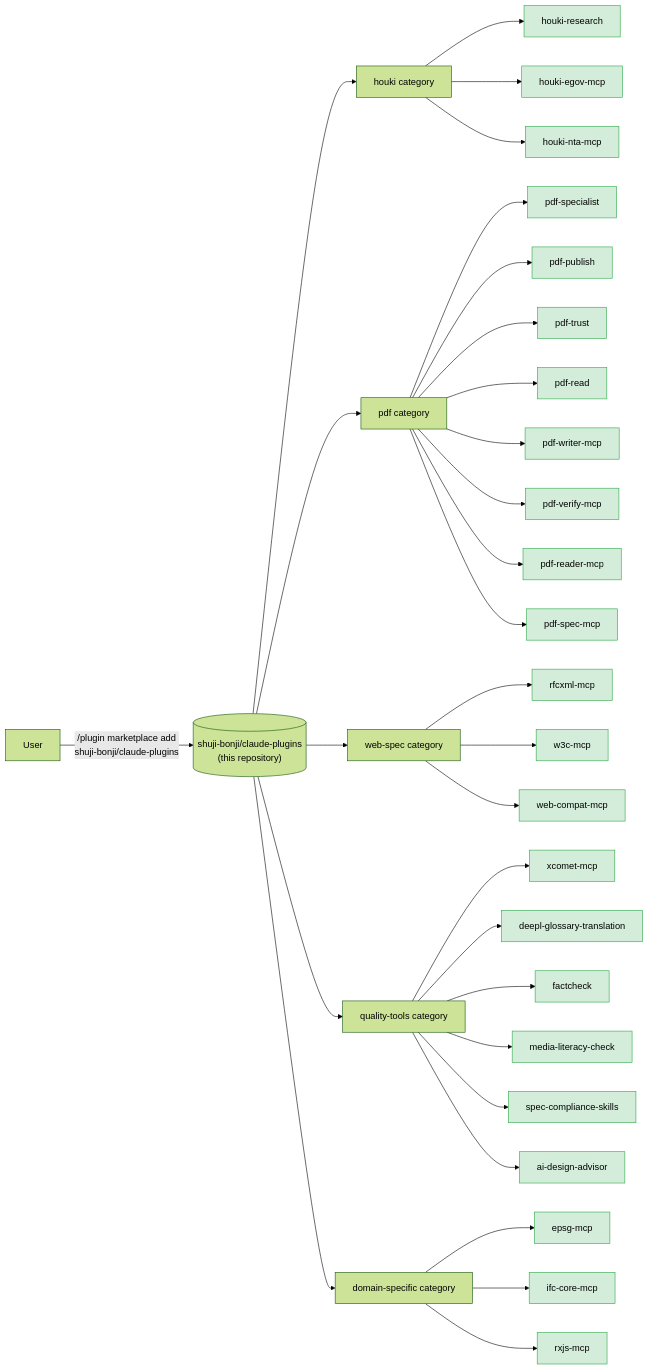
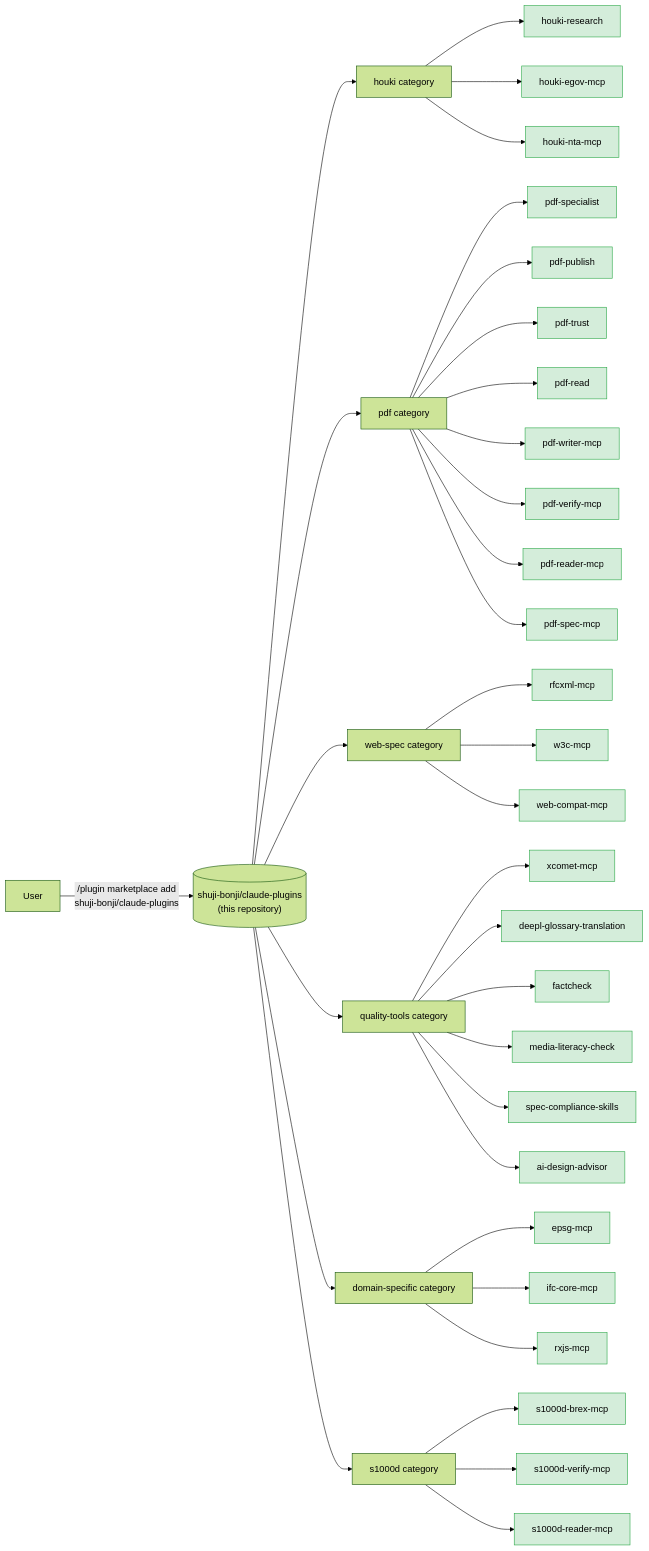
The diagram in README.md (shuji-bonji/claude-plugins), drawn with Mermaid (forest theme) before and after one commit. The commit also changed other lines of this file and 2 other files, not shown here.

First line of the commit message:
feat: s1000d category を新設し s1000d-brex-mcp / s1000d-verify-mcp / s1000d-reader-mcp v0.1.1 を収録（marketplace 0.7.0）

````diff
--- a/README.md
+++ b/README.md
@@ -13,41 +13,46 @@
 ```mermaid
 graph LR
   user["User"] -->|"/plugin marketplace add<br/>shuji-bonji/claude-plugins"| mp[("shuji-bonji/claude-plugins<br/>(this repository)")]
 
   mp --> houki[houki category]
   mp --> pdf[pdf category]
   mp --> webspec[web-spec category]
   mp --> quality[quality-tools category]
   mp --> domain[domain-specific category]
+  mp --> s1000d[s1000d category]
 
   houki --> hr["houki-research"]
   houki --> hegov["houki-egov-mcp"]
   houki --> hnta["houki-nta-mcp"]
 
   pdf --> pspecial["pdf-specialist"]
   pdf --> ppub["pdf-publish"]
   pdf --> ptrust["pdf-trust"]
   pdf --> pread["pdf-read"]
   pdf --> pwriter["pdf-writer-mcp"]
   pdf --> pverify["pdf-verify-mcp"]
   pdf --> hpdf["pdf-reader-mcp"]
   pdf --> pspec["pdf-spec-mcp"]
 
   webspec --> rfcxml["rfcxml-mcp"]
   webspec --> w3c["w3c-mcp"]
   webspec --> webcompat["web-compat-mcp"]
 
   quality --> xcomet["xcomet-mcp"]
   quality --> deepl["deepl-glossary-translation"]
   quality --> fact["factcheck"]
   quality --> media["media-literacy-check"]
   quality --> speccomp["spec-compliance-skills"]
   quality --> aidesign["ai-design-advisor"]
 
   domain --> epsg["epsg-mcp"]
   domain --> ifc["ifc-core-mcp"]
   domain --> rxjs["rxjs-mcp"]
 
+  s1000d --> sbrex["s1000d-brex-mcp"]
+  s1000d --> sverify["s1000d-verify-mcp"]
+  s1000d --> sreader["s1000d-reader-mcp"]
+
   classDef live fill:#d4edda,stroke:#28a745
-  class hr,hegov,hnta,pspecial,ppub,ptrust,pread,pwriter,pverify,hpdf,pspec,rfcxml,w3c,webcompat,xcomet,deepl,fact,media,speccomp,aidesign,epsg,ifc,rxjs live
+  class hr,hegov,hnta,pspecial,ppub,ptrust,pread,pwriter,pverify,hpdf,pspec,rfcxml,w3c,webcompat,xcomet,deepl,fact,media,speccomp,aidesign,epsg,ifc,rxjs,sbrex,sverify,sreader live
 ```
````
